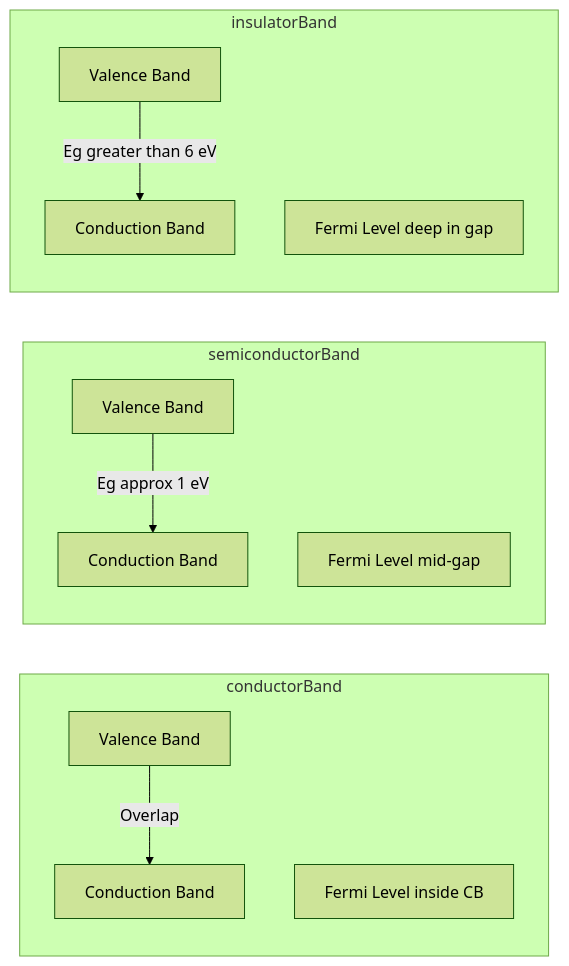
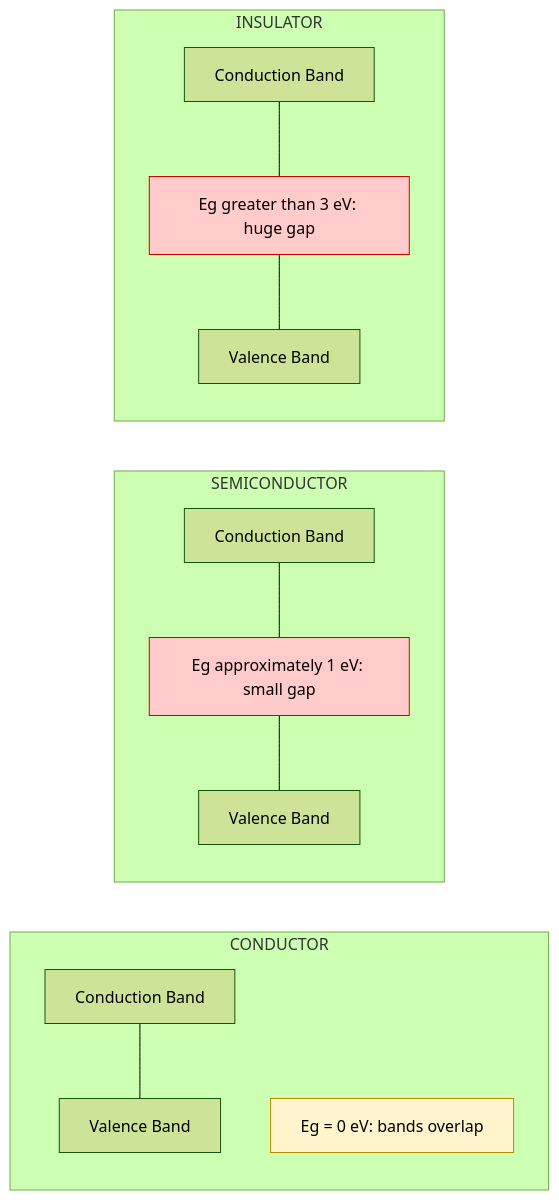
The second of 3 diagrams in public/notes/computer-science-and-engineering/semester-1/gapht121-physics-for-information-science/01-module-1-electrical-conductivity/classification-of-materials-into-conductor-semiconductor-and-insulator/notes.md (vishnuu-kr/ktunode), drawn with Mermaid (forest theme) before and after one commit. The commit also changed other lines of this file and 4829 other files, not shown here.

````diff
--- a/public/notes/computer-science-and-engineering/semester-1/gapht121-physics-for-information-science/01-module-1-electrical-conductivity/classification-of-materials-into-conductor-semiconductor-and-insulator/notes.md
+++ b/public/notes/computer-science-and-engineering/semester-1/gapht121-physics-for-information-science/01-module-1-electrical-conductivity/classification-of-materials-into-conductor-semiconductor-and-insulator/notes.md
@@ -369,17 +371,26 @@
 ```mermaid
 flowchart LR
-    subgraph conductorBand
-        cVB[Valence Band] -- "Overlap" --> cCB[Conduction Band]
-        cFermi[Fermi Level inside CB]
+    subgraph conductorBlock["CONDUCTOR"]
+        CB1[Conduction Band] --- VB1[Valence Band]
+        note1[Eg = 0 eV: bands overlap]:::noteStyle
     end
 
-    subgraph semiconductorBand
-        sVB[Valence Band] -- "Eg approx 1 eV" --> sCB[Conduction Band]
-        sFermi[Fermi Level mid-gap]
+    subgraph semiconductorBlock["SEMICONDUCTOR"]
+        CB2[Conduction Band]
+        GAP2[Eg approximately 1 eV: small gap]:::gapStyle
+        VB2[Valence Band]
+        CB2 --- GAP2
+        GAP2 --- VB2
     end
 
-    subgraph insulatorBand
-        iVB[Valence Band] -- "Eg greater than 6 eV" --> iCB[Conduction Band]
-        iFermi[Fermi Level deep in gap]
+    subgraph insulatorBlock["INSULATOR"]
+        CB3[Conduction Band]
+        GAP3[Eg greater than 3 eV: huge gap]:::gapStyle
+        VB3[Valence Band]
+        CB3 --- GAP3
+        GAP3 --- VB3
     end
+
+    classDef noteStyle fill:#fff4cc,stroke:#b58900,color:#000
+    classDef gapStyle fill:#ffcccb,stroke:#cc0000,color:#000
 ```
````
